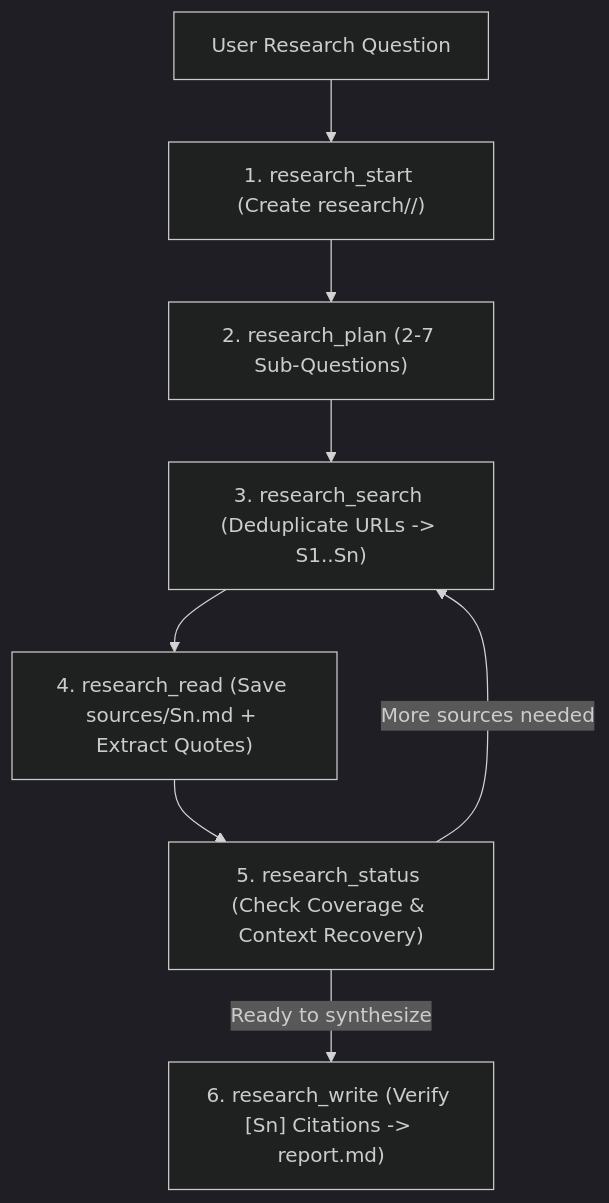
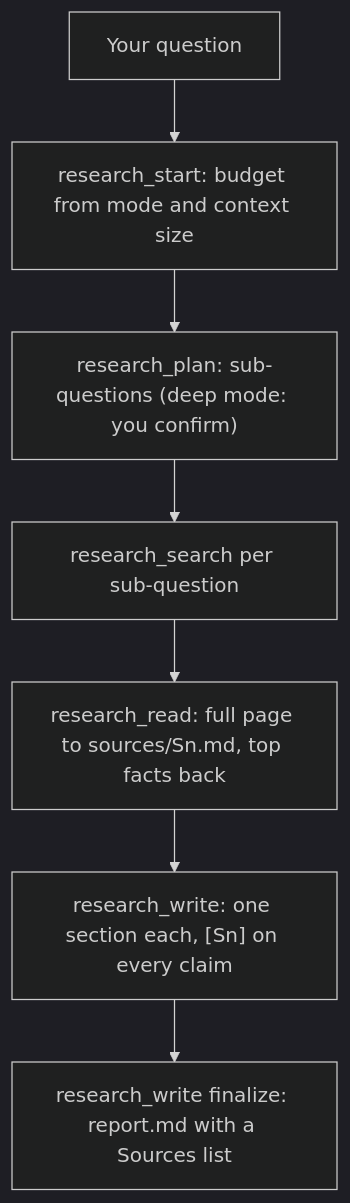
One commit to cluaiz/cluaiz-tools changed the diagram in skills/deep-research/README.md. Above: the diagram before and after it, drawn with Mermaid (dark theme). The commit also changed other lines of this file and 80 other files, not shown here.

````diff
--- a/skills/deep-research/README.md
+++ b/skills/deep-research/README.md
@@ -14,10 +7,9 @@
 ```mermaid
 flowchart TD
-    Q["User Research Question"] --> Start["1. research_start (Create research/<slug>/)"]
-    Start --> Plan["2. research_plan (2-7 Sub-Questions)"]
-    Plan --> Search["3. research_search (Deduplicate URLs -> S1..Sn)"]
-    Search --> Read["4. research_read (Save sources/Sn.md + Extract Quotes)"]
-    Read --> Status["5. research_status (Check Coverage & Context Recovery)"]
-    Status -->|"More sources needed"| Search
-    Status -->|"Ready to synthesize"| Write["6. research_write (Verify [Sn] Citations -> report.md)"]
+    Q["Your question"] --> Start["research_start: budget from mode and context size"]
+    Start --> Plan["research_plan: sub-questions (deep mode: you confirm)"]
+    Plan --> Search["research_search per sub-question"]
+    Search --> Read["research_read: full page to sources/Sn.md, top facts back"]
+    Read --> Write["research_write: one section each, [Sn] on every claim"]
+    Write --> Final["research_write finalize: report.md with a Sources list"]
 ```
````
